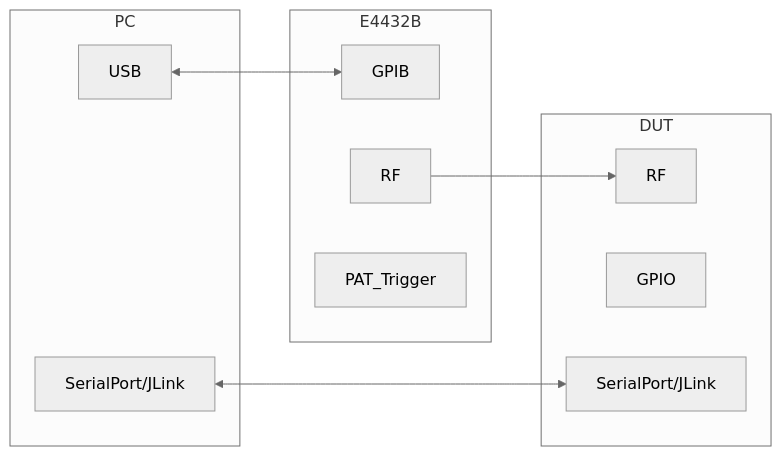
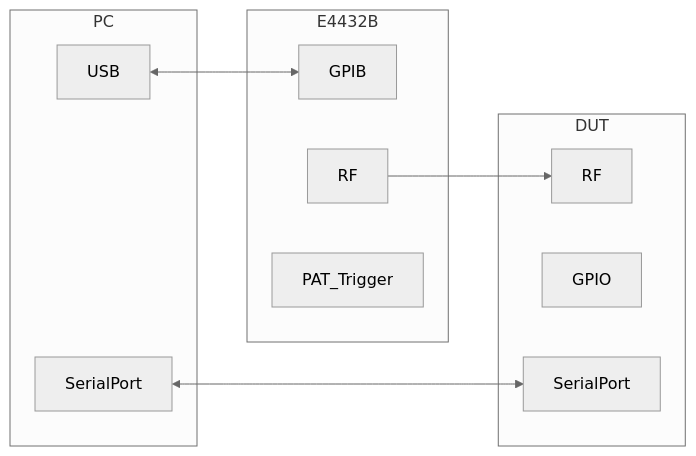
The first of 3 diagrams in Connection.MD (JimTech-IoT/LR_WaveFormGenerator), drawn with Mermaid (neutral theme) before and after one commit. The commit also changed other lines of this file and 2 other files, not shown here.

````diff
--- a/Connection.MD
+++ b/Connection.MD
@@ -1,24 +1,25 @@
 ```mermaid
-graph LR
+flowchart LR
     subgraph PC
     GPIB_PC[USB]
-    SerialPort/JLink_PC[SerialPort/JLink]
+    SerialPort/JLink_PC[SerialPort]
     end
 
     subgraph DUT    
     RF_DUT[RF]
     Trigger_DUT[GPIO]
-    SerialPort/JLink_DUT[SerialPort/JLink]
+    SerialPort/JLink_DUT[SerialPort]
     end    
 
     subgraph E4432B
     GPIB_SG[GPIB]
     RF_SG[RF]
     PAT_SG[PAT_Trigger]
     end
 
     GPIB_PC <--> GPIB_SG
     RF_SG --> RF_DUT
-    SerialPort/JLink_PC <--> SerialPort/JLink_DUT
+    %%Trigger_DUT --> PAT_SG
+    SerialPort/JLink_PC <---> SerialPort/JLink_DUT
 
 ```
````
